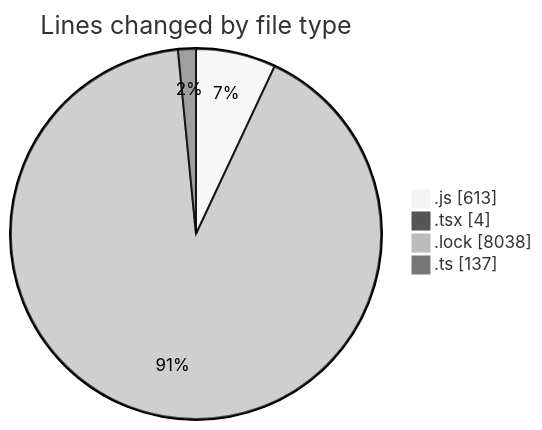
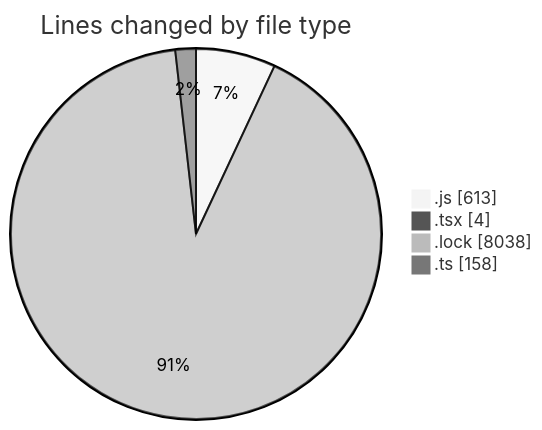
One commit to momahboobian/code-tracking changed the first of 2 diagrams in 2025-03-11/cda/README.md. Above: the diagram before and after it, drawn with Mermaid (neutral theme). The commit also changed other lines of this file and 1 other file, not shown here.

````diff
--- a/2025-03-11/cda/README.md
+++ b/2025-03-11/cda/README.md
@@ -31,8 +31,8 @@
 ```mermaid
 pie showData
 title Lines changed by file type
 ".js" : 613
 ".tsx" : 4
 ".lock" : 8038
-".ts" : 137
+".ts" : 158
 ```
````
